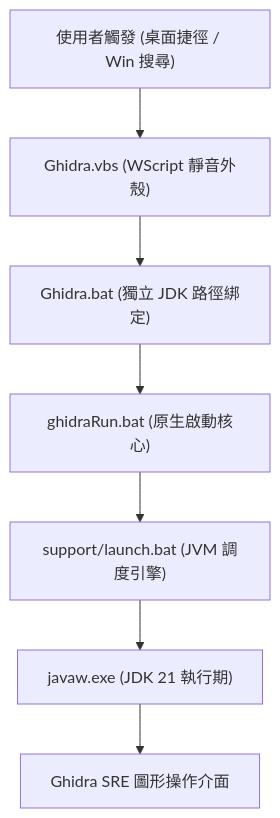
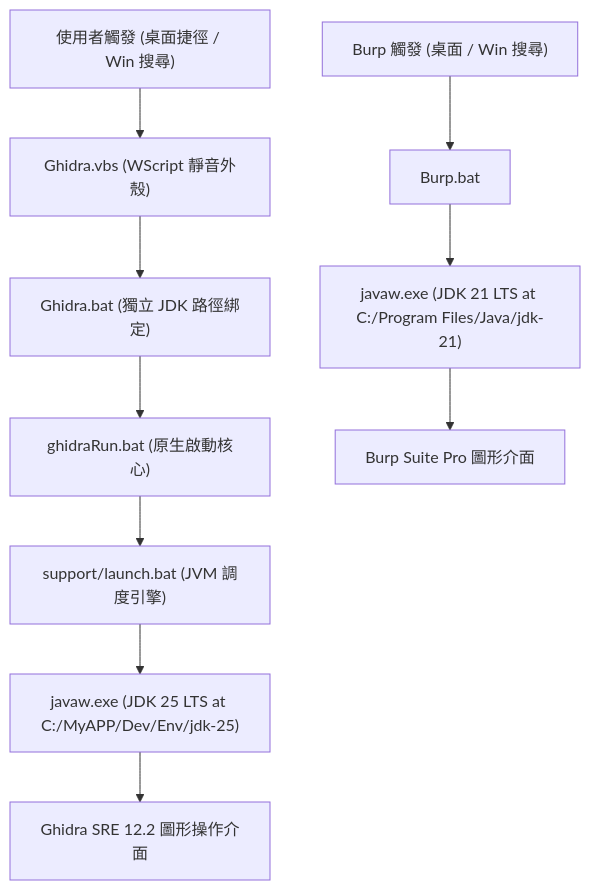
One commit to Youchenjiang/tool-scripts changed the first of 2 diagrams in security/ghidra-bootstrapper/README.zh-TW.md. Above: the diagram before and after it, drawn with Mermaid. The commit also changed other lines of this file and 2 other files, not shown here.

First line of the commit message:
feat(ghidra): upgrade to ghidra 12.2 with adoptium openjdk 25 lts support

````diff
--- a/security/ghidra-bootstrapper/README.zh-TW.md
+++ b/security/ghidra-bootstrapper/README.zh-TW.md
@@ -9,9 +9,13 @@
 ```mermaid
 graph TD
     User["使用者觸發 (桌面捷徑 / Win 搜尋)"] --> VBS["Ghidra.vbs (WScript 靜音外殼)"]
     VBS --> BAT["Ghidra.bat (獨立 JDK 路徑綁定)"]
     BAT --> RUN["ghidraRun.bat (原生啟動核心)"]
     RUN --> Launch["support/launch.bat (JVM 調度引擎)"]
-    Launch --> JVM["javaw.exe (JDK 21 執行期)"]
-    JVM --> GUI["Ghidra SRE 圖形操作介面"]
+    Launch --> JVM25["javaw.exe (JDK 25 LTS at C:/MyAPP/Dev/Env/jdk-25)"]
+    JVM25 --> GUI["Ghidra SRE 12.2 圖形操作介面"]
+
+    BurpUser["Burp 觸發 (桌面 / Win 搜尋)"] --> BurpBAT["Burp.bat"]
+    BurpBAT --> JVM21["javaw.exe (JDK 21 LTS at C:/Program Files/Java/jdk-21)"]
+    JVM21 --> BurpGUI["Burp Suite Pro 圖形介面"]
 ```
````
